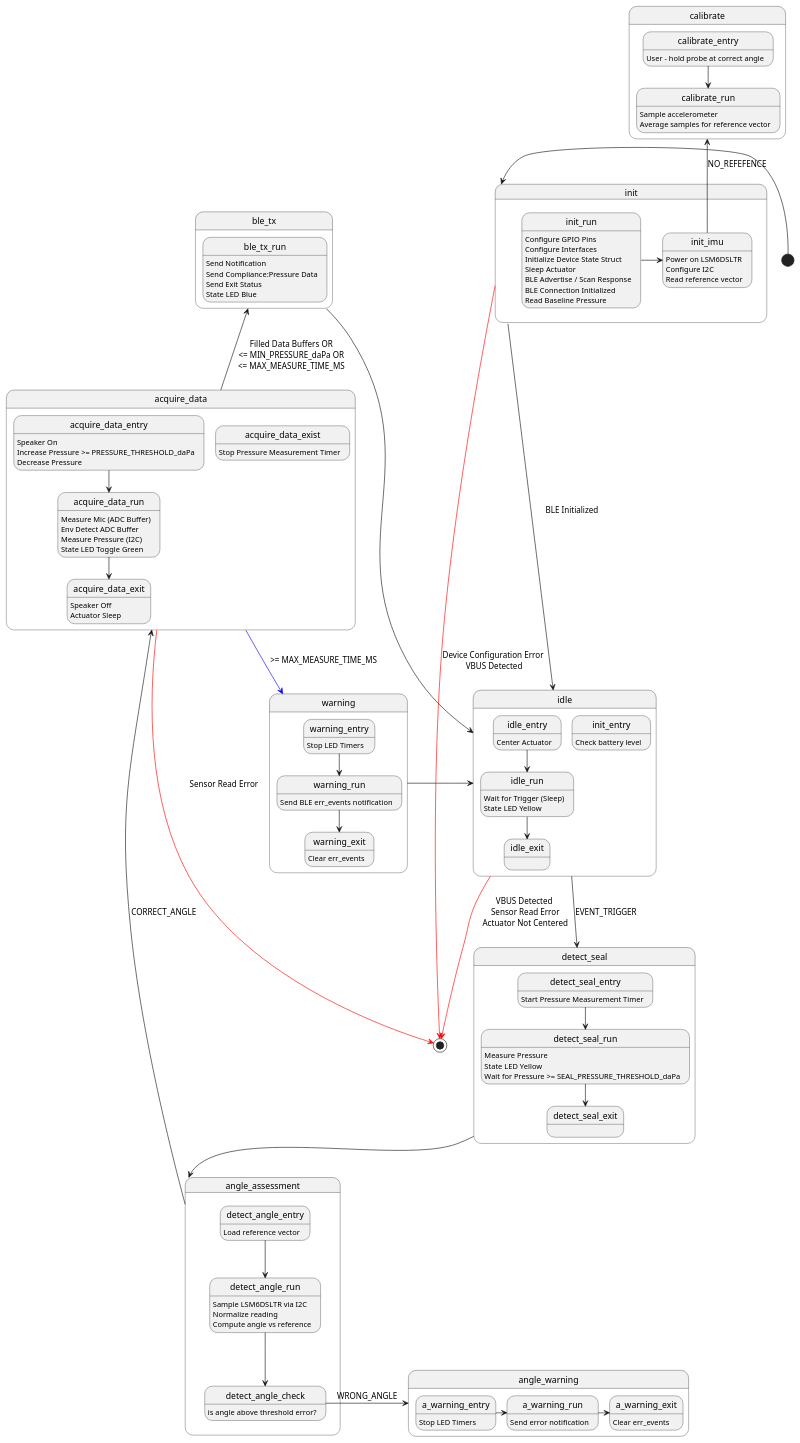
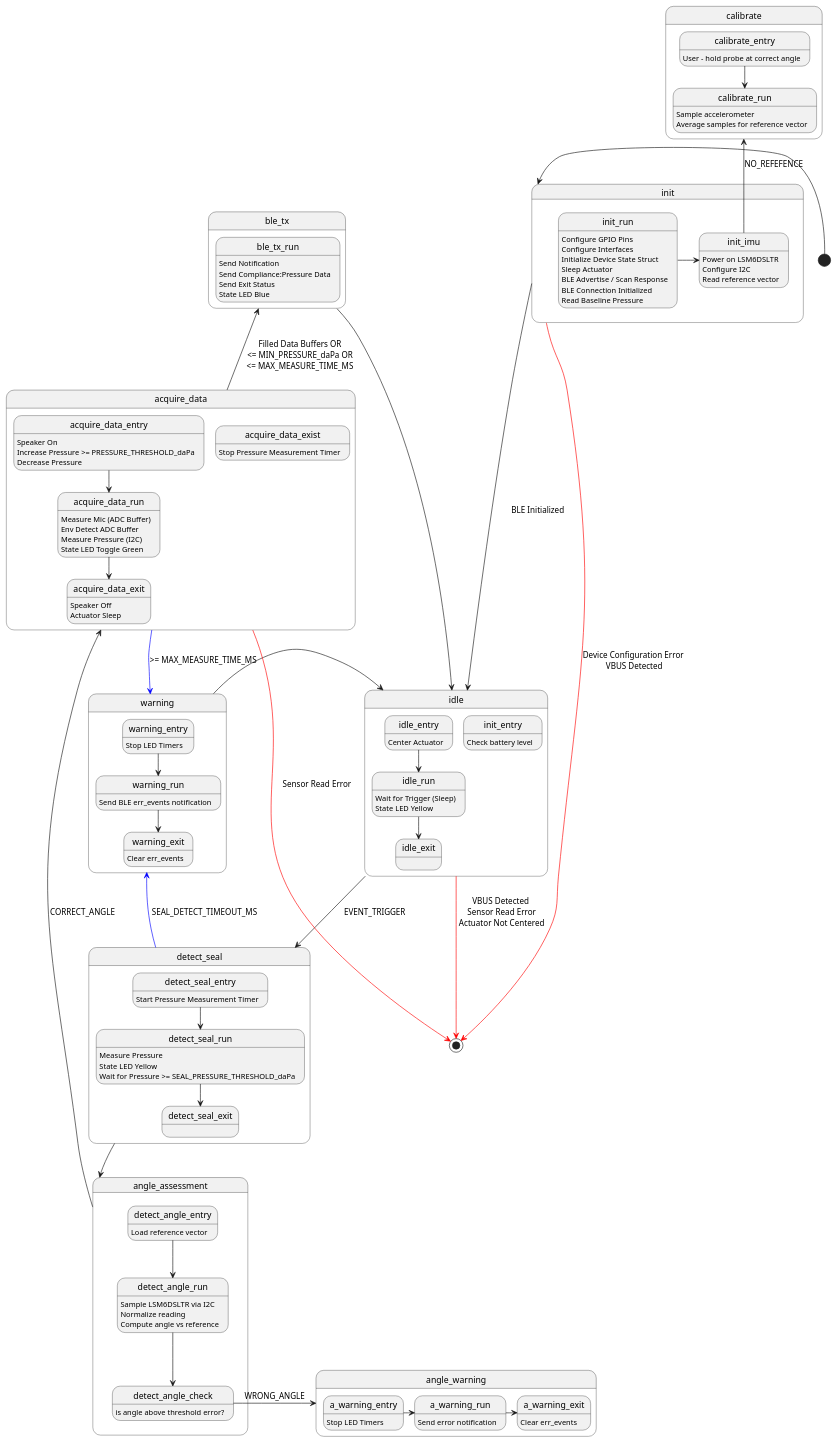
Before and after one commit to nikailieva335-sudo/tymp-tip-occlusion: the diagram in lsm6dsl_diagram.puml, drawn with PlantUML.

Commit message:
Fixed missing arrow

```diff
--- a/lsm6dsl_diagram.puml
+++ b/lsm6dsl_diagram.puml
@@ -1,116 +1,116 @@
 @startuml
 
 [*] -left-> init
 
 state init {
     init_run : Configure GPIO Pins
     init_run : Configure Interfaces
     init_run : Initialize Device State Struct
     init_run : Sleep Actuator
     init_run : BLE Advertise / Scan Response
     init_run : BLE Connection Initialized
     init_run : Read Baseline Pressure
 
     init_run -> init_imu
     init_imu: Power on LSM6DSLTR
     init_imu: Configure I2C
     init_imu: Read reference vector
 
 
 }
 
 state calibrate {
     calibrate_entry: User - hold probe at correct angle
     calibrate_entry -d-> calibrate_run
     calibrate_run: Sample accelerometer
     calibrate_run: Average samples for reference vector
 }
 
 state idle {
     idle_entry : Center Actuator
     init_entry : Check battery level
     idle_entry -down-> idle_run
     idle_run : Wait for Trigger (Sleep)
     idle_run : State LED Yellow
     idle_run -down-> idle_exit
 
 }
 
 state detect_seal {
     detect_seal_entry -down-> detect_seal_run
     detect_seal_entry : Start Pressure Measurement Timer
     detect_seal_run : Measure Pressure
     detect_seal_run : State LED Yellow
     detect_seal_run : Wait for Pressure >= SEAL_PRESSURE_THRESHOLD_daPa
     detect_seal_run -down-> detect_seal_exit
 
 }
 
 state angle_assessment {
     detect_angle_entry -down-> detect_angle_run
     detect_angle_entry: Load reference vector
     detect_angle_run: Sample LSM6DSLTR via I2C
     detect_angle_run: Normalize reading
     detect_angle_run -down-> detect_angle_check
     detect_angle_run: Compute angle vs reference
     detect_angle_check: is angle above threshold error?
 
 }
 
 state acquire_data {
     acquire_data_entry -down-> acquire_data_run
     acquire_data_entry : Speaker On
     acquire_data_entry : Increase Pressure >= PRESSURE_THRESHOLD_daPa
     acquire_data_entry : Decrease Pressure
     acquire_data_run : Measure Mic (ADC Buffer)
     acquire_data_run: Env Detect ADC Buffer
     acquire_data_run : Measure Pressure (I2C)
     acquire_data_run : State LED Toggle Green
     acquire_data_run -down-> acquire_data_exit
     acquire_data_exist : Stop Pressure Measurement Timer
     acquire_data_exit : Speaker Off
     acquire_data_exit : Actuator Sleep
 
 }
 state angle_warning {
     a_warning_entry : Stop LED Timers
     a_warning_entry -> a_warning_run
     a_warning_run : Send error notification
     a_warning_run -> a_warning_exit
     a_warning_exit : Clear err_events
 }
 
 state ble_tx {
     ble_tx_run : Send Notification
     ble_tx_run : Send Compliance:Pressure Data
     ble_tx_run : Send Exit Status
     ble_tx_run : State LED Blue
 }
 
 state warning {
     warning_entry : Stop LED Timers
     warning_entry -down-> warning_run
     warning_run : Send BLE err_events notification
     warning_run -down-> warning_exit
     warning_exit : Clear err_events
 
 }
 
 init -down--> idle : BLE Initialized
 
 idle -down-> detect_seal : EVENT_TRIGGER
 init_imu -up-> calibrate : NO_REFEFENCE
 detect_angle_check -right-> angle_warning : WRONG_ANGLE
 detect_seal -down-> angle_assessment
 angle_assessment -left-> acquire_data : CORRECT_ANGLE
 
 warning -right-> idle
 idle -[#red]-> [*] : VBUS Detected\n Sensor Read Error\n Actuator Not Centered
 init -[#red]-> [*]: Device Configuration Error\n VBUS Detected
 acquire_data -[#red]-> [*] : Sensor Read Error
 
 ble_tx -> idle
 acquire_data -up-> ble_tx: Filled Data Buffers OR\n<= MIN_PRESSURE_daPa OR\n<= MAX_MEASURE_TIME_MS
 acquire_data -[#blue]-> warning : >= MAX_MEASURE_TIME_MS
-
+detect_seal -[#blue]-> warning : SEAL_DETECT_TIMEOUT_MS
 @enduml
```
